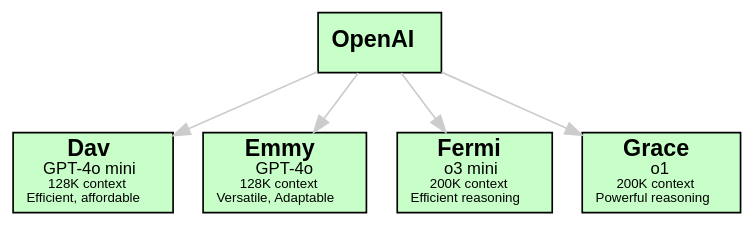
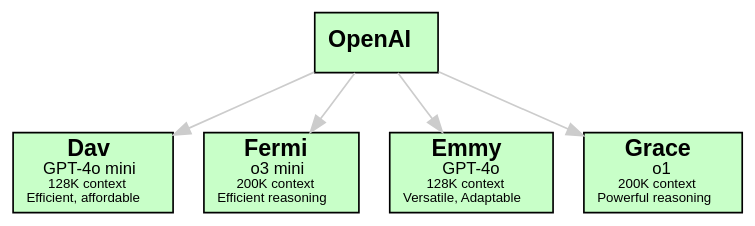
The second of 12 diagrams in doc/guide.md (sswam/allemande), drawn with Graphviz before and after one commit. The commit also changed other lines of this file, not shown here.

````diff
--- a/doc/guide.md
+++ b/doc/guide.md
@@ -64,18 +64,18 @@
 ```dot
 digraph OpenAI {
     graph [bgcolor=transparent]
     edge [color="#CCCCCC"]
     node [shape=box, style=filled, fillcolor="#C8FFC8", fontname="Helvetica"]
 
     "OpenAI" [label=<<b>OpenAI</b>>]
     "Dav" [label=<<b>Dav</b><br/><font point-size="10">GPT-4o mini</font><br/><font point-size="8">128K context</font><br/><font point-size="8">Efficient, affordable</font>>]
+    "Fermi" [label=<<b>Fermi</b><br/><font point-size="10">o3 mini</font><br/><font point-size="8">200K context</font><br/><font point-size="8">Efficient reasoning</font>>]
     "Emmy" [label=<<b>Emmy</b><br/><font point-size="10">GPT-4o</font><br/><font point-size="8">128K context</font><br/><font point-size="8">Versatile, Adaptable</font>>]
-    "Fermi" [label=<<b>Fermi</b><br/><font point-size="10">o3 mini</font><br/><font point-size="8">200K context</font><br/><font point-size="8">Efficient reasoning</font>>]
     "Grace" [label=<<b>Grace</b><br/><font point-size="10">o1</font><br/><font point-size="8">200K context</font><br/><font point-size="8">Powerful reasoning</font>>]
 
     "OpenAI" -> "Dav"
+    "OpenAI" -> "Fermi"
     "OpenAI" -> "Emmy"
-    "OpenAI" -> "Fermi"
     "OpenAI" -> "Grace"
 }
 ```
````
